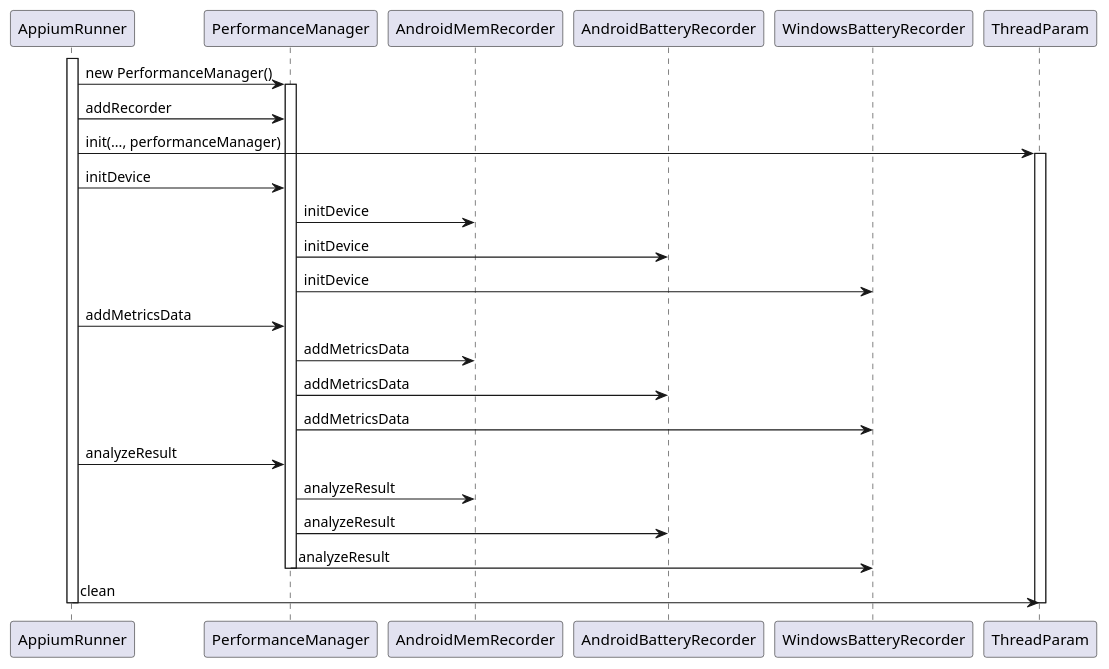
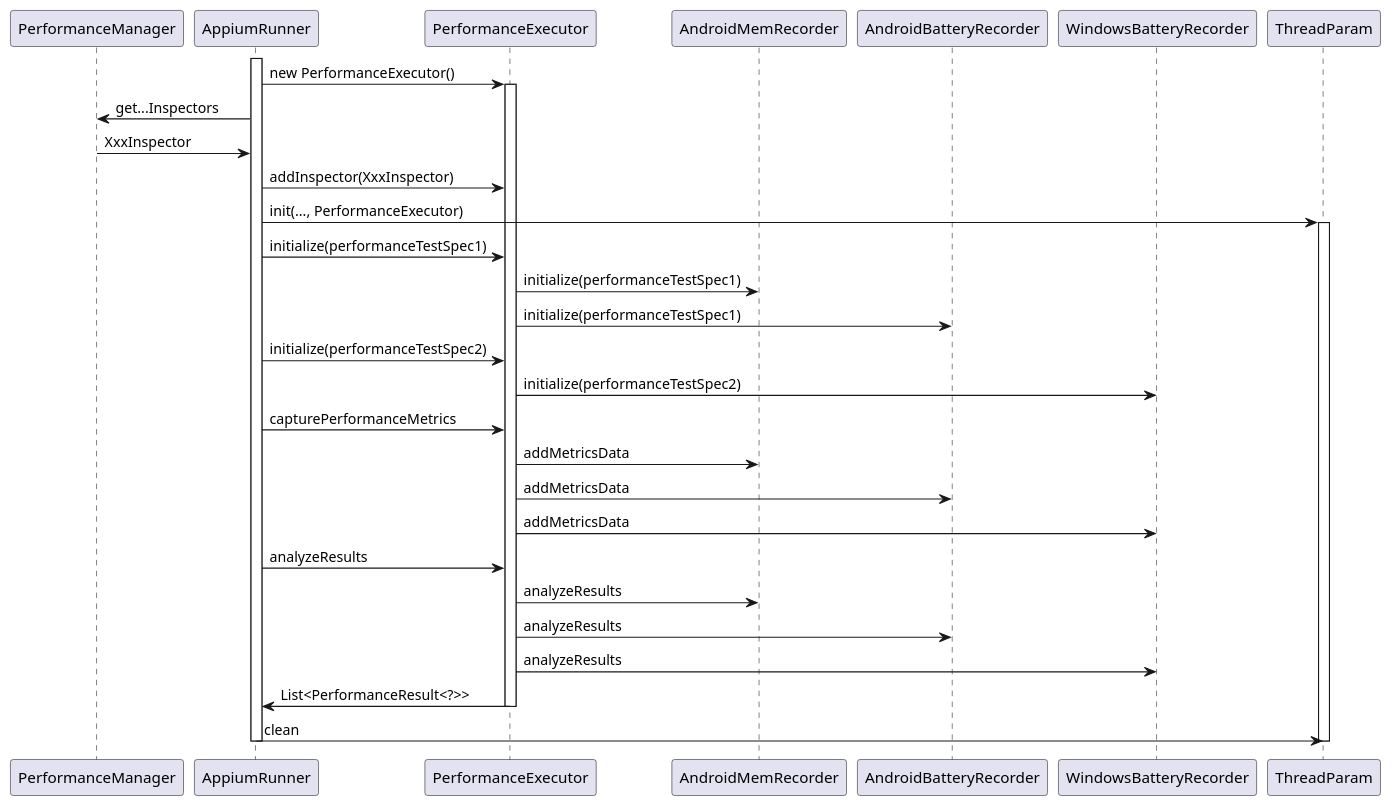
One commit to microsoft/HydraLab changed the second of 2 diagrams in agent/doc/UML/perf_design.puml. Above: the diagram before and after it, drawn with PlantUML. The commit also changed other lines of this file and 8 other files, not shown here.

Commit message:
Update UML

```diff
--- a/agent/doc/UML/perf_design.puml
+++ b/agent/doc/UML/perf_design.puml
@@ -53,31 +63,36 @@
 @startuml
+participant PerformanceManager
 participant AppiumRunner
-participant PerformanceManager
+participant PerformanceExecutor
 participant AndroidMemRecorder
 participant AndroidBatteryRecorder
 participant WindowsBatteryRecorder
 participant ThreadParam
 
 activate AppiumRunner
-AppiumRunner -> PerformanceManager : new PerformanceManager()
-activate PerformanceManager
-AppiumRunner -> PerformanceManager : addRecorder
-AppiumRunner -> ThreadParam: init(..., performanceManager)
+AppiumRunner -> PerformanceExecutor : new PerformanceExecutor()
+activate PerformanceExecutor
+AppiumRunner -> PerformanceManager: get...Inspectors
+PerformanceManager -> AppiumRunner: XxxInspector
+AppiumRunner -> PerformanceExecutor : addInspector(XxxInspector)
+AppiumRunner -> ThreadParam: init(..., PerformanceExecutor)
 activate ThreadParam
-AppiumRunner -> PerformanceManager : initDevice
-PerformanceManager -> AndroidMemRecorder : initDevice
-PerformanceManager -> AndroidBatteryRecorder : initDevice
-PerformanceManager -> WindowsBatteryRecorder : initDevice
-AppiumRunner -> PerformanceManager : addMetricsData
-PerformanceManager -> AndroidMemRecorder : addMetricsData
-PerformanceManager -> AndroidBatteryRecorder : addMetricsData
-PerformanceManager -> WindowsBatteryRecorder : addMetricsData
-AppiumRunner -> PerformanceManager : analyzeResult
-PerformanceManager -> AndroidMemRecorder : analyzeResult
-PerformanceManager -> AndroidBatteryRecorder : analyzeResult
-PerformanceManager -> WindowsBatteryRecorder : analyzeResult
-deactivate PerformanceManager
+AppiumRunner -> PerformanceExecutor : initialize(performanceTestSpec1)
+PerformanceExecutor -> AndroidMemRecorder : initialize(performanceTestSpec1)
+PerformanceExecutor -> AndroidBatteryRecorder : initialize(performanceTestSpec1)
+AppiumRunner -> PerformanceExecutor : initialize(performanceTestSpec2)
+PerformanceExecutor -> WindowsBatteryRecorder : initialize(performanceTestSpec2)
+AppiumRunner -> PerformanceExecutor : capturePerformanceMetrics
+PerformanceExecutor -> AndroidMemRecorder : addMetricsData
+PerformanceExecutor -> AndroidBatteryRecorder : addMetricsData
+PerformanceExecutor -> WindowsBatteryRecorder : addMetricsData
+AppiumRunner -> PerformanceExecutor : analyzeResults
+PerformanceExecutor -> AndroidMemRecorder : analyzeResults
+PerformanceExecutor -> AndroidBatteryRecorder : analyzeResults
+PerformanceExecutor -> WindowsBatteryRecorder : analyzeResults
+PerformanceExecutor -> AppiumRunner: List<PerformanceResult<?>>
+deactivate PerformanceExecutor
 AppiumRunner -> ThreadParam: clean
 deactivate ThreadParam
 deactivate AppiumRunner
 @enduml
```
